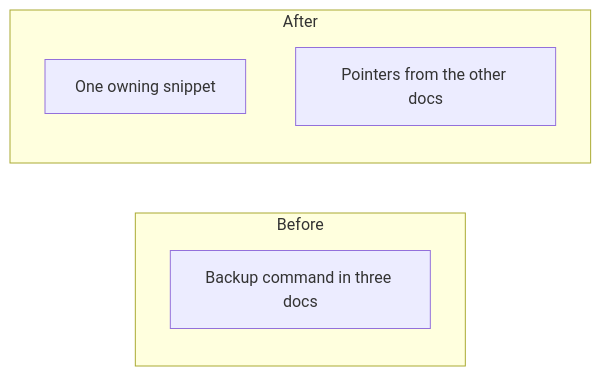
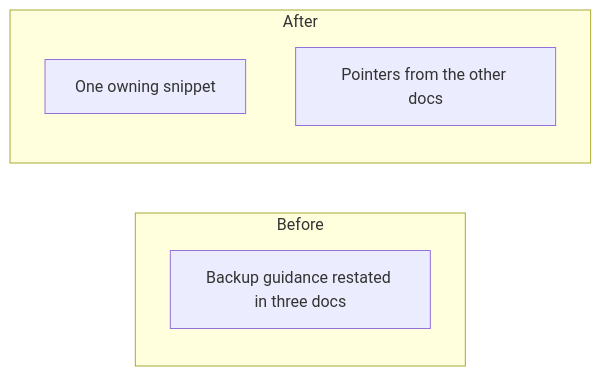
The diagram in audit-findings/100-backup-command-copies.md (SimHoZebs/net-worth-estimator), drawn with Mermaid before and after one commit. The commit also changed other lines of this file and 57 other files, not shown here.

````diff
--- a/audit-findings/100-backup-command-copies.md
+++ b/audit-findings/100-backup-command-copies.md
@@ -23,10 +27,10 @@
 ```mermaid
 flowchart LR
   subgraph before[Before]
-    A[Backup command in three docs]
+    A[Backup guidance restated in three docs]
   end
   subgraph after[After]
     B[One owning snippet]
     C[Pointers from the other docs]
   end
 ```
````
